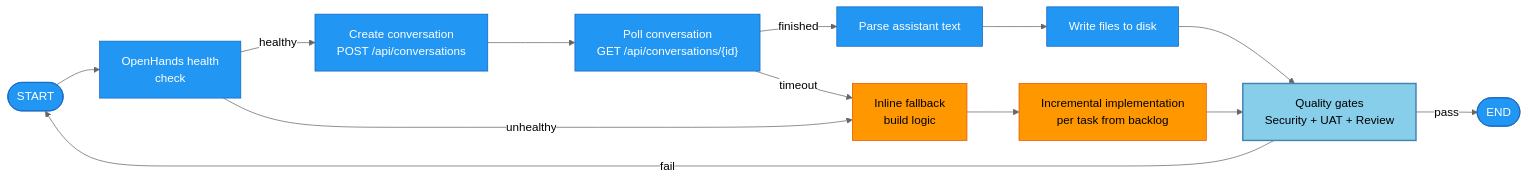
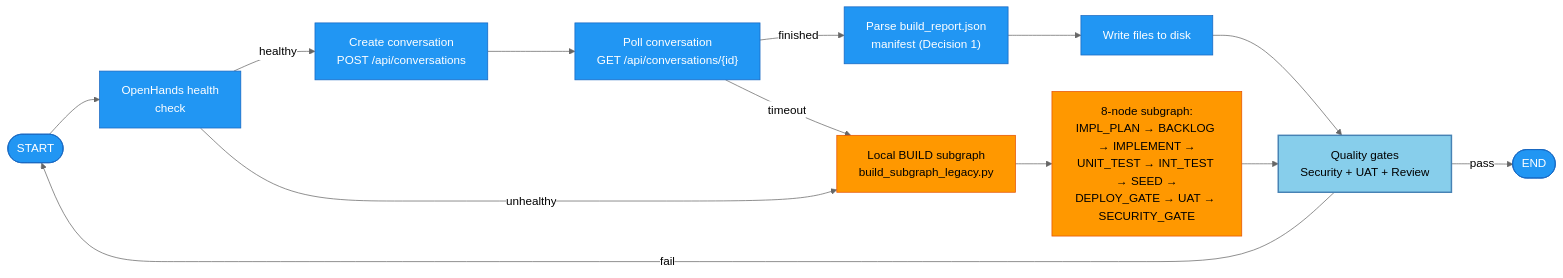
Before and after one commit to terrygzhou/loop_engineering_factory: the second of 4 diagrams in README.md, drawn with Mermaid (neutral theme). The commit also changed other lines of this file, not shown here.

First line of the commit message:
docs(readme): fix diagram drift vs codebase

````diff
--- a/README.md
+++ b/README.md
@@ -54,27 +54,27 @@
 ```mermaid
 graph LR
     START([START]) --> OH_CHECK["OpenHands health<br/>check"]
 
     OH_CHECK -->|healthy| CREATE_CONV["Create conversation<br/>POST /api/conversations"]
-    OH_CHECK -->|unhealthy| INLINE["Inline fallback<br/>build logic"]
+    OH_CHECK -->|unhealthy| INLINE["Local BUILD subgraph<br/>build_subgraph_legacy.py"]
 
     CREATE_CONV --> POLL["Poll conversation<br/>GET /api/conversations/{id}"]
-    POLL -->|finished| PARSE["Parse assistant text"]
+    POLL -->|finished| PARSE["Parse build_report.json<br/>manifest (Decision 1)"]
     POLL -->|timeout| INLINE
 
     PARSE --> WRITE_FILES["Write files to disk"]
     WRITE_FILES --> GATE["Quality gates<br/>Security + UAT + Review"]
     GATE -->|pass| END([END])
     GATE -->|fail| START
 
-    INLINE --> INLINE_BUILD["Incremental implementation<br/>per task from backlog"]
+    INLINE --> INLINE_BUILD["8-node subgraph:<br/>IMPL_PLAN → BACKLOG → IMPLEMENT →<br/>UNIT_TEST → INT_TEST → SEED →<br/>DEPLOY_GATE → UAT → SECURITY_GATE"]
     INLINE_BUILD --> GATE
 
     classDef agent fill:#90EE90,stroke:#2E8B57,stroke-width:2px,color:#000
     classDef fallback fill:#FF9800,stroke:#E65100,stroke-width:1px,color:#000
     classDef node fill:#2196F3,stroke:#1565C0,stroke-width:1px,color:#fff
     classDef gate fill:#87CEEB,stroke:#4682B4,stroke-width:2px,color:#000
     class OH_CHECK,CREATE_CONV,POLL,PARSE,WRITE_FILES node
     class INLINE,INLINE_BUILD fallback
     class GATE gate
 ```
````
